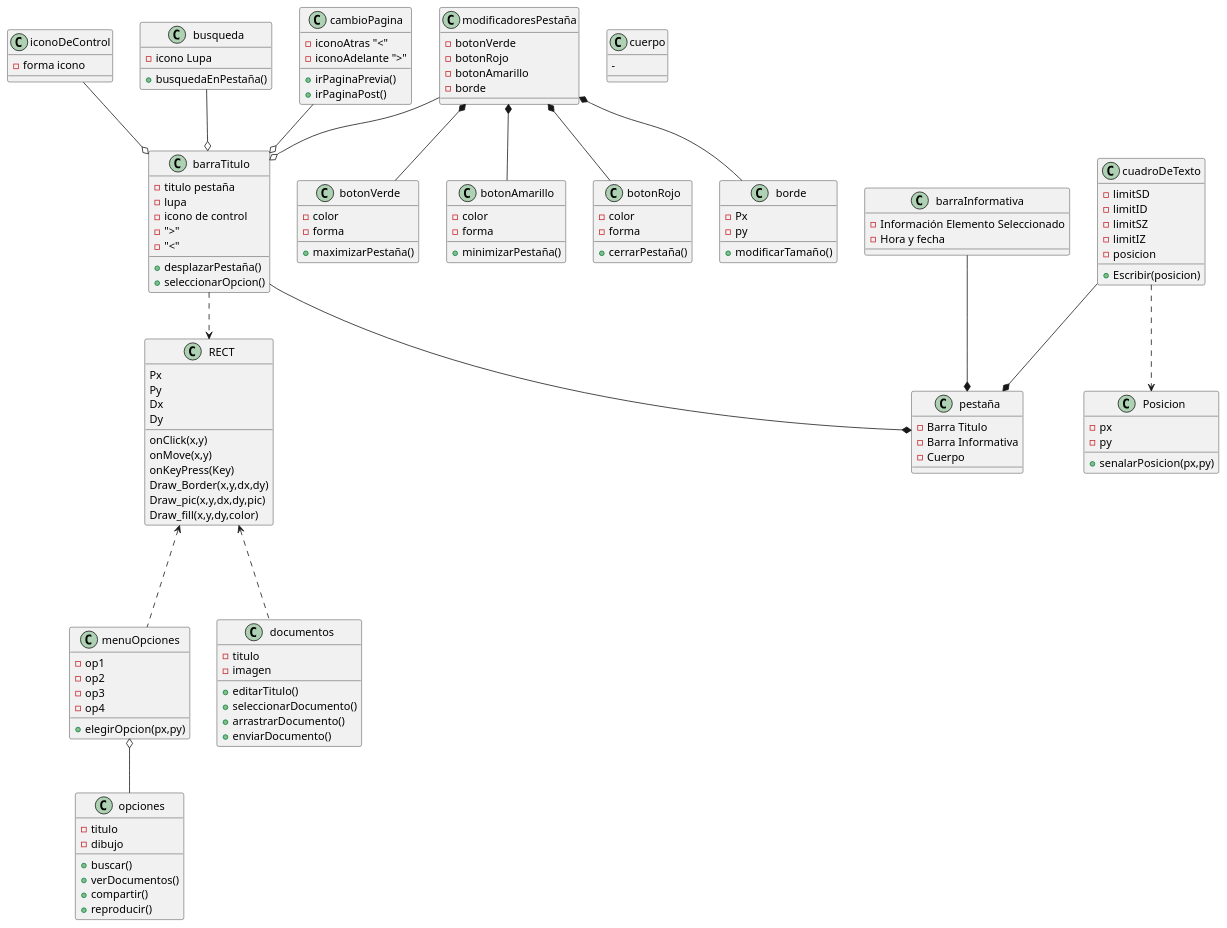
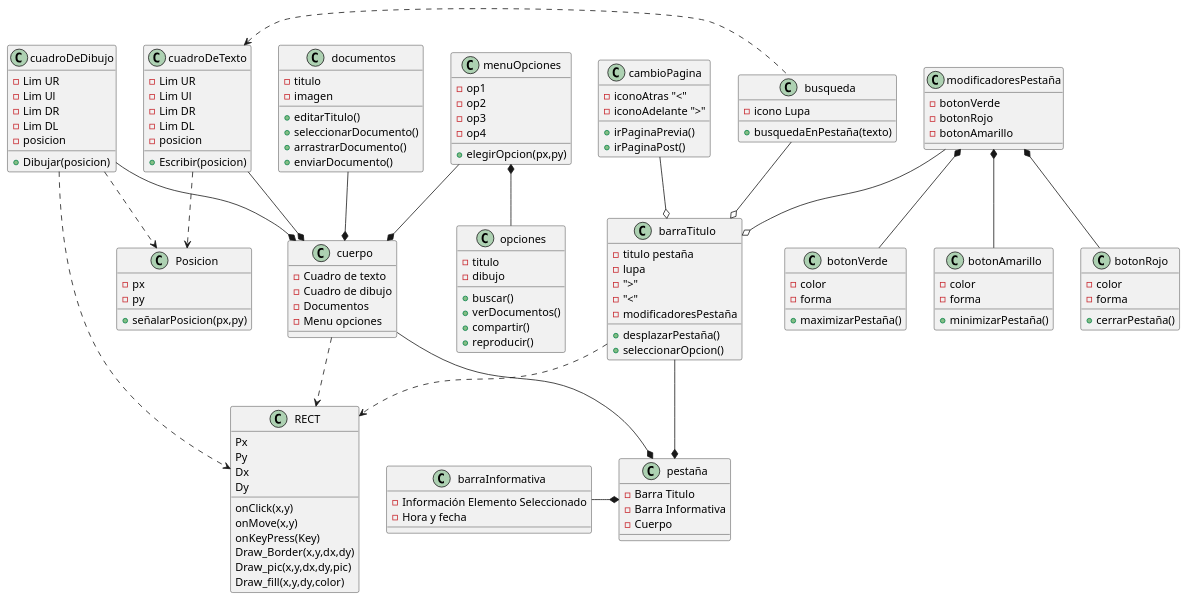
One commit to AshlieSalcedo/Doors changed the diagram in Doors.puml. Above: the diagram before and after it, drawn with PlantUML.

Commit message:
Diagrama, aquí se edita

```diff
--- a/Doors.puml
+++ b/Doors.puml
@@ -1,155 +1,162 @@
 @startuml
 'https://plantuml.com/sequence-diagram
 
 class pestaña {
 -Barra Titulo
 -Barra Informativa
 -Cuerpo
 
 }
 
 class RECT{
 Px
 Py
 Dx
 Dy
 onClick(x,y)
 onMove(x,y)
 onKeyPress(Key)
 Draw_Border(x,y,dx,dy)
 Draw_pic(x,y,dx,dy,pic)
 Draw_fill(x,y,dy,color)
 }
 
-class cuerpo {
--
-}
 
 class barraTitulo {
 -titulo pestaña
 -lupa
--icono de control
 - ">"
 -"<"
+-modificadoresPestaña
 +desplazarPestaña()
 +seleccionarOpcion()
 }
 barraTitulo..>RECT
 barraTitulo--* pestaña
 
 class botonVerde {
 -color
 -forma
 +maximizarPestaña()
 }
 
 class botonAmarillo {
 -color
 -forma
 +minimizarPestaña()
 }
 
 class botonRojo {
 -color
 -forma
 +cerrarPestaña()
 }
 
-class borde {
--Px
--py
-+modificarTamaño()
-}
+
 
 class modificadoresPestaña{
 -botonVerde
 -botonRojo
 -botonAmarillo
--borde
 }
 
-modificadoresPestaña *-- borde
+
 modificadoresPestaña *-- botonRojo
 modificadoresPestaña *-- botonAmarillo
 modificadoresPestaña *-- botonVerde
 modificadoresPestaña --o barraTitulo
 
 class cuadroDeTexto {
--limitSD
--limitID
--limitSZ
--limitIZ
+-Lim UR
+-Lim Ul
+-Lim DR
+-Lim DL
 -posicion
 +Escribir(posicion)
 }
-
-cuadroDeTexto --*pestaña
-
+cuadroDeTexto --* cuerpo
 
 class Posicion {
 -px
 -py
-+senalarPosicion(px,py)
++señalarPosicion(px,py)
 }
 
 
 class menuOpciones {
 -op1
 -op2
 -op3
 -op4
 +elegirOpcion(px,py)
 }
+menuOpciones --* cuerpo
+
 class opciones {
 -titulo
 -dibujo
 +buscar()
 +verDocumentos()
 +compartir()
 +reproducir()
 }
-menuOpciones o-- opciones
-RECT <... menuOpciones
+menuOpciones *-- opciones
+
 
 
 cuadroDeTexto ..>Posicion
 
 class documentos{
 -titulo
 -imagen
 +editarTitulo()
 +seleccionarDocumento()
 +arrastrarDocumento()
 +enviarDocumento()
 }
-RECT <-.. documentos
 
 class barraInformativa {
 -Información Elemento Seleccionado
 -Hora y fecha
 }
-barraInformativa --* pestaña
+ barraInformativa -* pestaña
 
-class iconoDeControl {
--forma icono
-}
-iconoDeControl --o barraTitulo
 
 class busqueda {
 -icono Lupa
-+busquedaEnPestaña()
++busquedaEnPestaña(texto)
 }
 busqueda --o barraTitulo
+cuadroDeTexto <.busqueda
 
 class cambioPagina {
 -iconoAtras "<"
 -iconoAdelante ">"
 +irPaginaPrevia()
 +irPaginaPost()
 }
 
 cambioPagina --o barraTitulo
 
+class cuerpo {
+-Cuadro de texto
+-Cuadro de dibujo
+-Documentos
+-Menu opciones
+}
+documentos --* cuerpo
+cuerpo --* pestaña
+cuerpo ..> RECT
 
-
+class cuadroDeDibujo {
+-Lim UR
+-Lim Ul
+-Lim DR
+-Lim DL
+-posicion
++Dibujar(posicion)
+}
+cuadroDeDibujo ..> RECT
+cuadroDeDibujo --* cuerpo
+cuadroDeDibujo ..> Posicion
 @enduml
```
